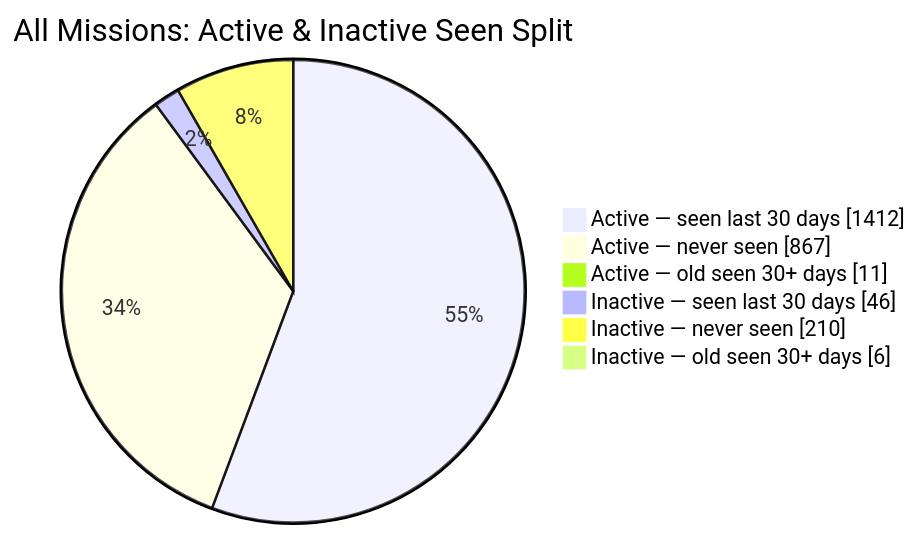
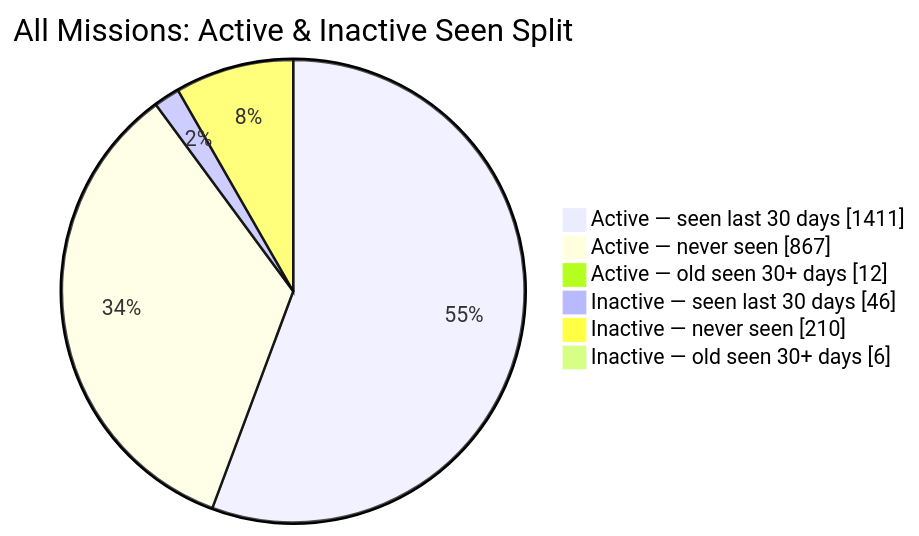
Before and after one commit to MeldkamerspelGameTeam/active-missions: the second of 2 diagrams in README.md, drawn with Mermaid. The commit also changed other lines of this file and 3 other files, not shown here.

````diff
--- a/README.md
+++ b/README.md
@@ -44,10 +44,10 @@
 ```mermaid
 pie showData
     title All Missions: Active & Inactive Seen Split
-    "Active — seen last 30 days" : 1412
+    "Active — seen last 30 days" : 1411
     "Active — never seen" : 867
-    "Active — old seen 30+ days" : 11
+    "Active — old seen 30+ days" : 12
     "Inactive — seen last 30 days" : 46
     "Inactive — never seen" : 210
     "Inactive — old seen 30+ days" : 6
 ```
````
